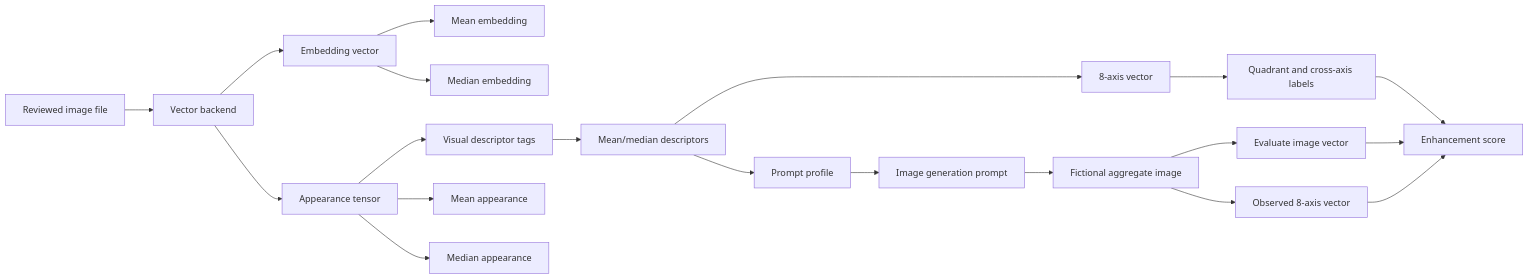
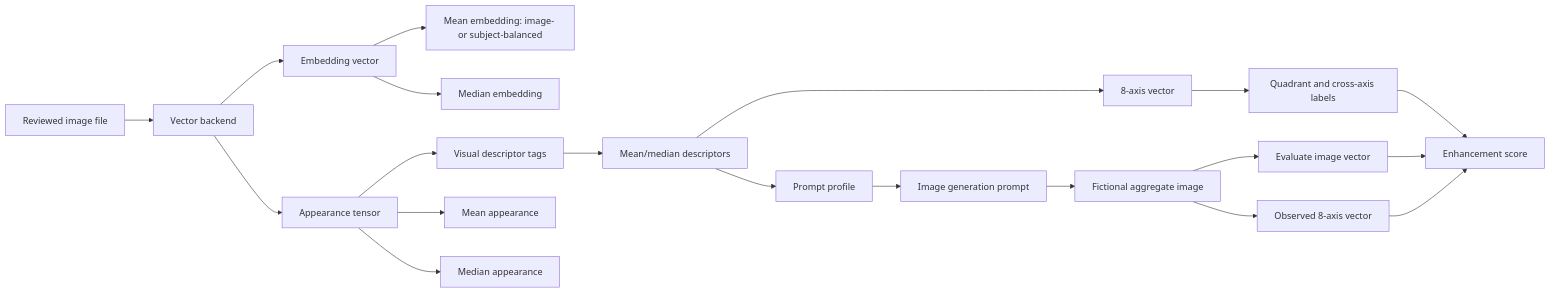
One commit to Nicolas0315/seju-face-lab changed the second of 2 diagrams in docs/agency-research-flow.md. Above: the diagram before and after it, drawn with Mermaid. The commit also changed other lines of this file and 6 other files, not shown here.

First line of the commit message:
Add bootstrap centroid-stability metric and sync research flow

````diff
--- a/docs/agency-research-flow.md
+++ b/docs/agency-research-flow.md
@@ -51,22 +58,22 @@
 ```mermaid
 flowchart LR
     A[Reviewed image file] --> B[Vector backend]
     B --> C[Embedding vector]
     B --> D[Appearance tensor]
     D --> E[Visual descriptor tags]
-    C --> F[Mean embedding]
+    C --> F[Mean embedding: image- or subject-balanced]
     C --> G[Median embedding]
     D --> H[Mean appearance]
     D --> I[Median appearance]
     E --> J[Mean/median descriptors]
     J --> K[8-axis vector]
     J --> L[Prompt profile]
     K --> M[Quadrant and cross-axis labels]
     L --> N[Image generation prompt]
     N --> O[Fictional aggregate image]
     O --> P[Evaluate image vector]
     O --> Q[Observed 8-axis vector]
     P --> R[Enhancement score]
     Q --> R
     M --> R
 ```
````
